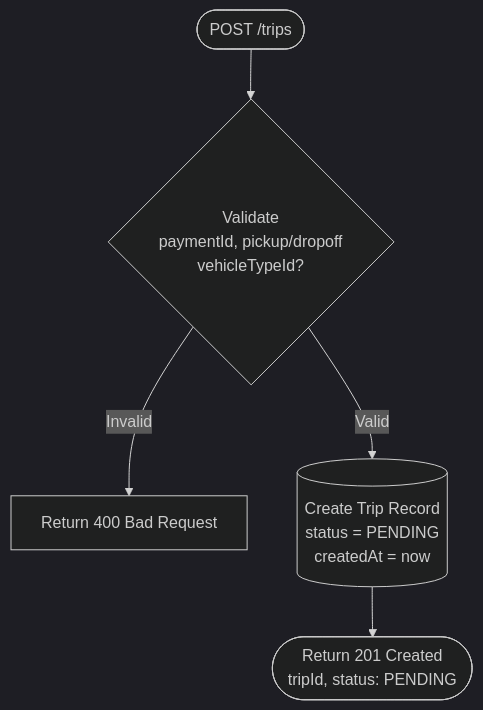
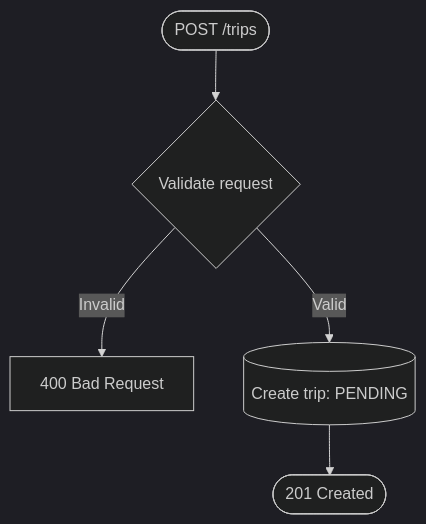
Before and after one commit to ImTruong/TrangSM: diagram 13 of 21 in docs/analysis-and-design.md, drawn with Mermaid (dark theme). The commit also changed other lines of this file and 32 other files, not shown here.

````diff
--- a/docs/analysis-and-design.md
+++ b/docs/analysis-and-design.md
@@ -487,7 +515,7 @@
 ```mermaid
 flowchart TD
-    A([POST /trips]) --> B{Validate\npaymentId, pickup/dropoff\nvehicleTypeId?}
-    B -->|Invalid| ERR1[Return 400 Bad Request]
-    B -->|Valid| C[(Create Trip Record\nstatus = PENDING\ncreatedAt = now)]
-    C --> D([Return 201 Created\ntripId, status: PENDING])
+    A([POST /trips]) --> B{Validate request}
+    B -->|Invalid| E1[400 Bad Request]
+    B -->|Valid| C[(Create trip: PENDING)]
+    C --> D([201 Created])
 ```
````
